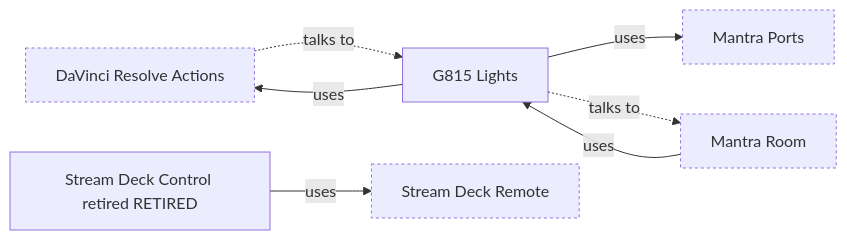
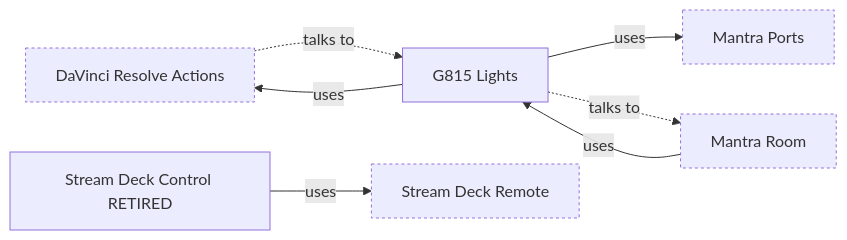
Before and after one commit to markoboskoauroville/APPS_MIND_MAP: diagram 11 of 18 in CONNECTIONS.md, drawn with Mermaid. The commit also changed other lines of this file and 47 other files, not shown here.

````diff
--- a/CONNECTIONS.md
+++ b/CONNECTIONS.md
@@ -816,17 +816,17 @@
 ```mermaid
 graph LR
   n0["DaVinci Resolve Actions"]
   n1["G815 Lights"]
   n2["Mantra Ports"]
   n3["Mantra Room"]
-  n4["Stream Deck Control retired RETIRED"]
+  n4["Stream Deck Control RETIRED"]
   n5["Stream Deck Remote"]
   n0 -.->|"talks to"| n1
   n1 -->|"uses"| n0
   n1 -->|"uses"| n2
   n1 -.->|"talks to"| n3
   n3 -->|"uses"| n1
   n4 -->|"uses"| n5
   classDef stub stroke-dasharray: 3 3
   class n0,n2,n3,n5 stub
 ```
````
